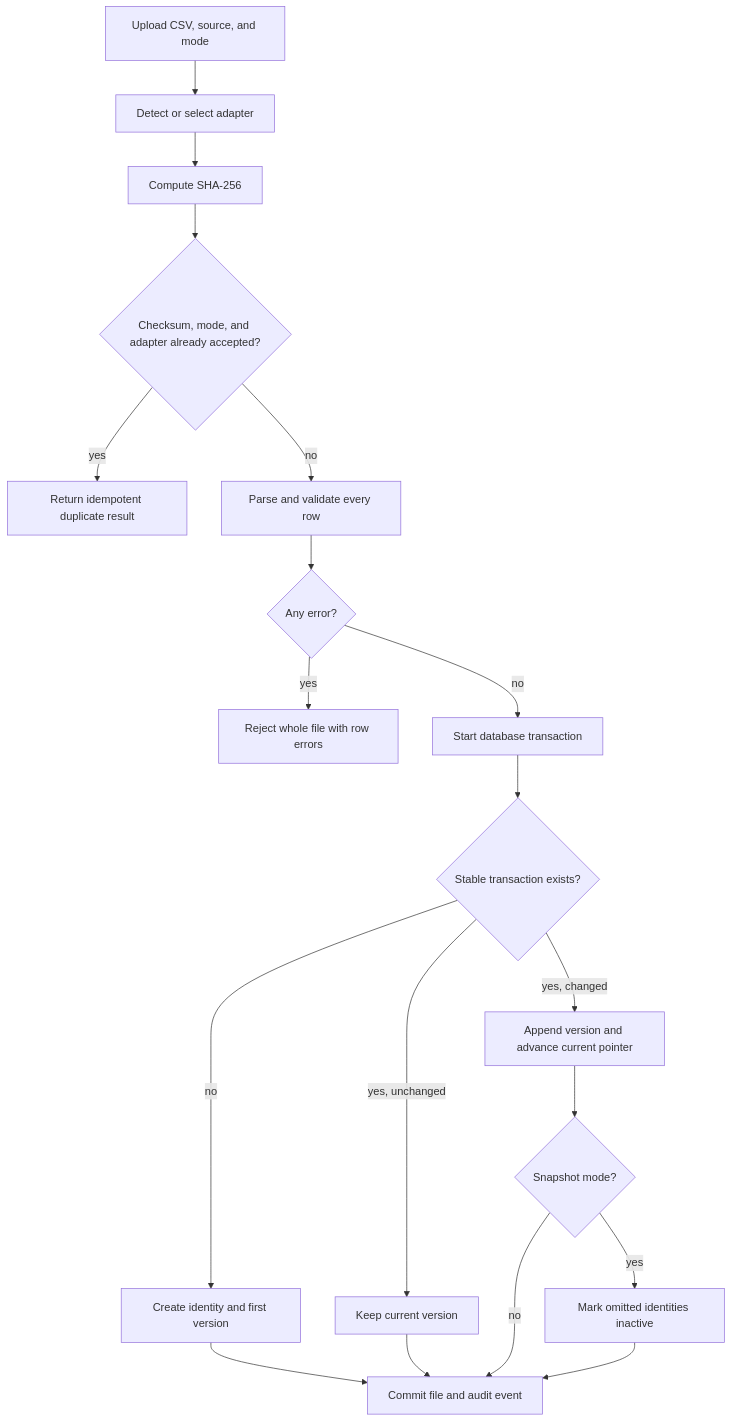
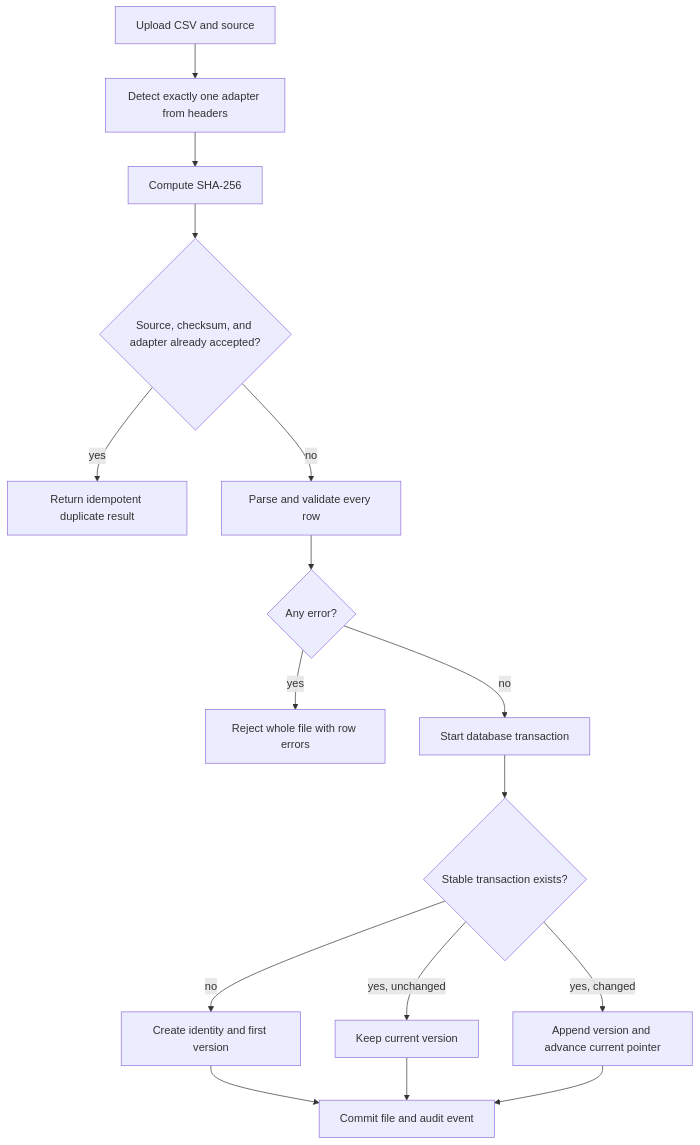
One commit to rajkunwar4/atlas-assignment changed the third of 5 diagrams in docs/architecture.md. Above: the diagram before and after it, drawn with Mermaid. The commit also changed other lines of this file and 4 other files, not shown here.

````diff
--- a/docs/architecture.md
+++ b/docs/architecture.md
@@ -41,21 +41,18 @@
 ```mermaid
 flowchart TD
-  U[Upload CSV, source, and mode] --> H[Detect or select adapter]
+  U[Upload CSV and source] --> H[Detect exactly one adapter from headers]
   H --> C[Compute SHA-256]
-  C --> D{Checksum, mode, and adapter already accepted?}
+  C --> D{Source, checksum, and adapter already accepted?}
   D -->|yes| I[Return idempotent duplicate result]
   D -->|no| V[Parse and validate every row]
   V --> E{Any error?}
   E -->|yes| R[Reject whole file with row errors]
   E -->|no| T[Start database transaction]
   T --> K{Stable transaction exists?}
   K -->|no| A[Create identity and first version]
   K -->|yes, unchanged| S[Keep current version]
   K -->|yes, changed| X[Append version and advance current pointer]
   A --> M[Commit file and audit event]
   S --> M
-  X --> Q{Snapshot mode?}
-  Q -->|yes| O[Mark omitted identities inactive]
-  Q -->|no| M
-  O --> M
+  X --> M
 ```
````
